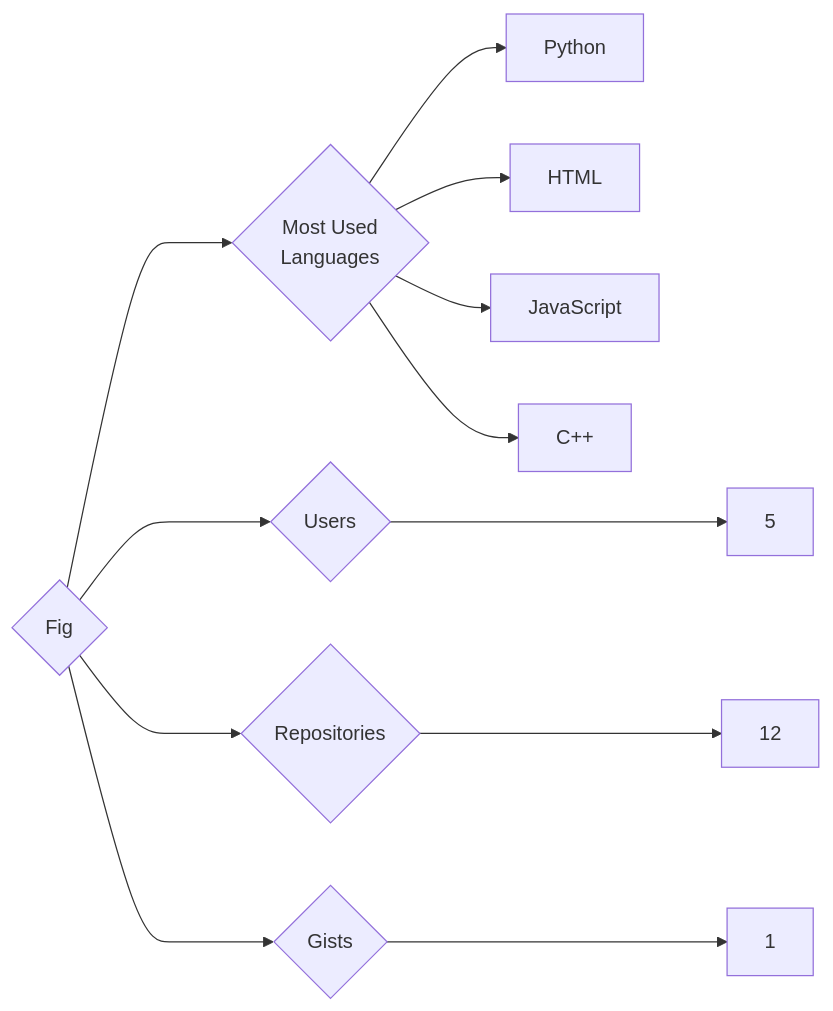
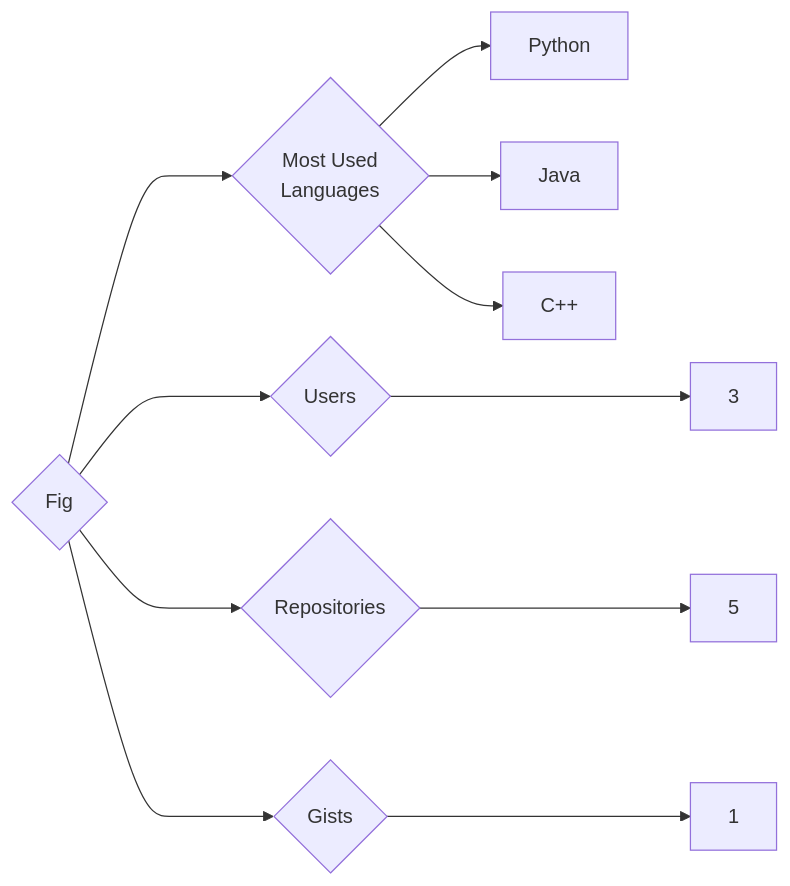
One commit to trickest/insiders changed the diagram in targets/Fig/README.md. Above: the diagram before and after it, drawn with Mermaid. The commit also changed 942 other files, not shown here.

````diff
--- a/targets/Fig/README.md
+++ b/targets/Fig/README.md
@@ -3,12 +3,11 @@
 ```mermaid
 graph LR
 COMPANY_NAME{Fig}
-COMPANY_NAME ---> U{Users} ---> UN[5]
-COMPANY_NAME ---> R{Repositories} ---> RN[12]
+COMPANY_NAME ---> U{Users} ---> UN[3]
+COMPANY_NAME ---> R{Repositories} ---> RN[5]
 COMPANY_NAME ---> G{Gists} ---> GN[1]
 COMPANY_NAME ---> ML{Most Used<br>Languages}
 ML --> Python[Python]
-ML --> HTML[HTML]
-ML --> JavaScript[JavaScript]
+ML --> Java[Java]
 ML --> C++[C++]
 ```
````
